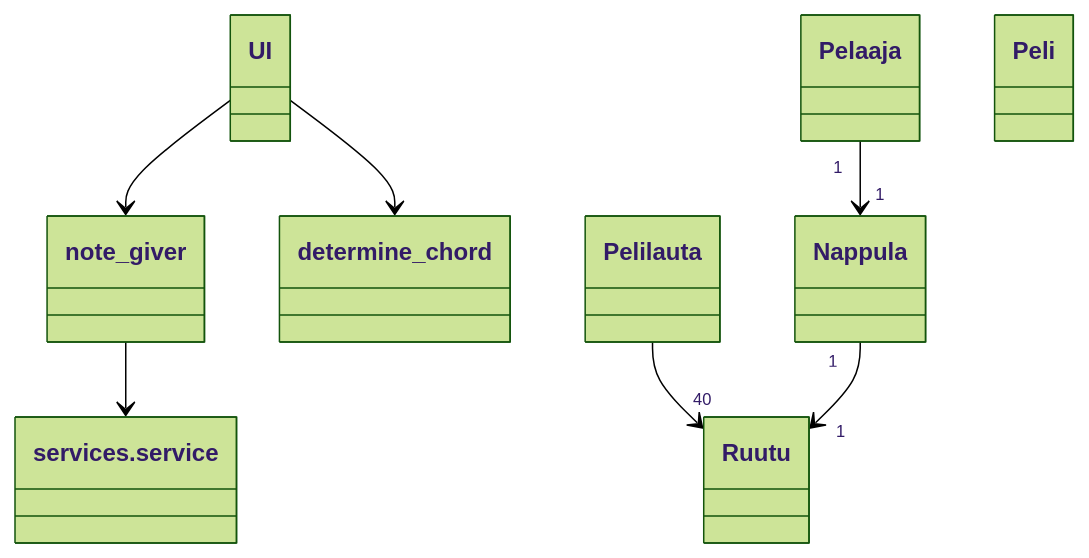
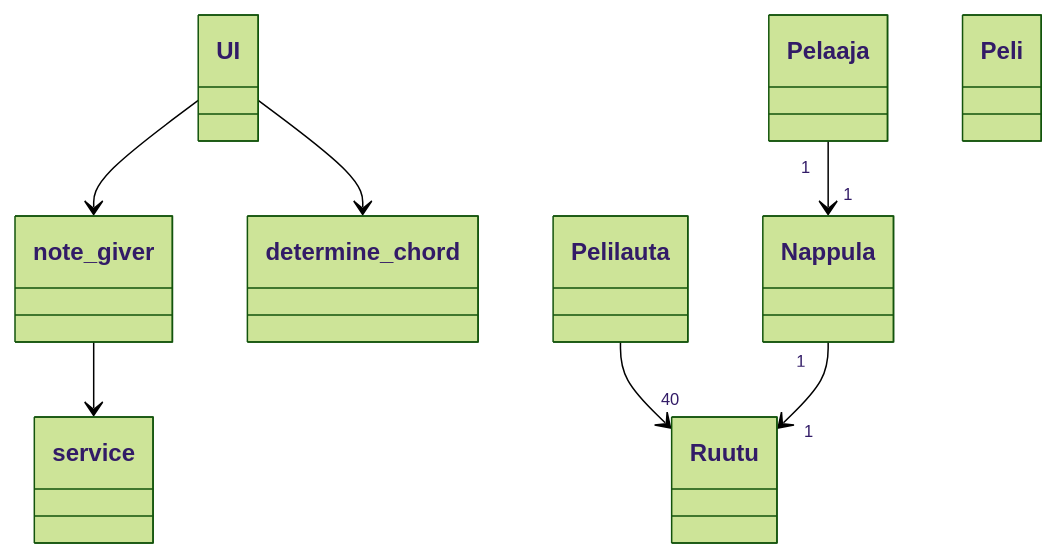
The diagram in dokumentaatio/arkkitehtuuri.md (Aaltonenn/ot-harjoitustyo), drawn with Mermaid (forest theme) before and after one commit.

````diff
--- a/dokumentaatio/arkkitehtuuri.md
+++ b/dokumentaatio/arkkitehtuuri.md
@@ -3,21 +3,21 @@
 ```mermaid
  classDiagram
       UI --> note_giver
       UI --> determine_chord
-      note_giver --> services.service
+      note_giver --> service
       Pelaaja "1" --> "1" Nappula
       Pelilauta --> "40" Ruutu
       Nappula "1" --> "1" Ruutu
       
       class Pelaaja{
       }
       class Pelilauta{
       }
       class Peli{
       }
       class Nappula{
       }
       class Ruutu{
       }
       
 ```
````
